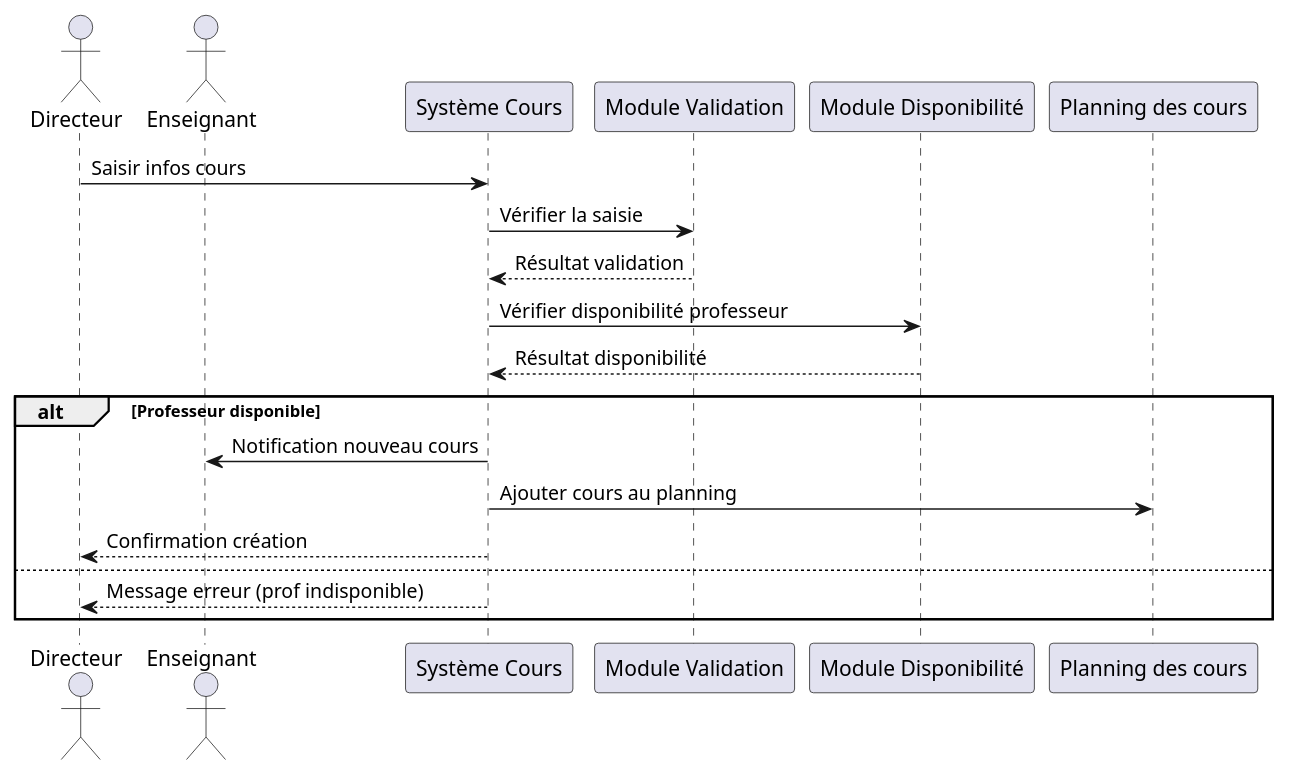
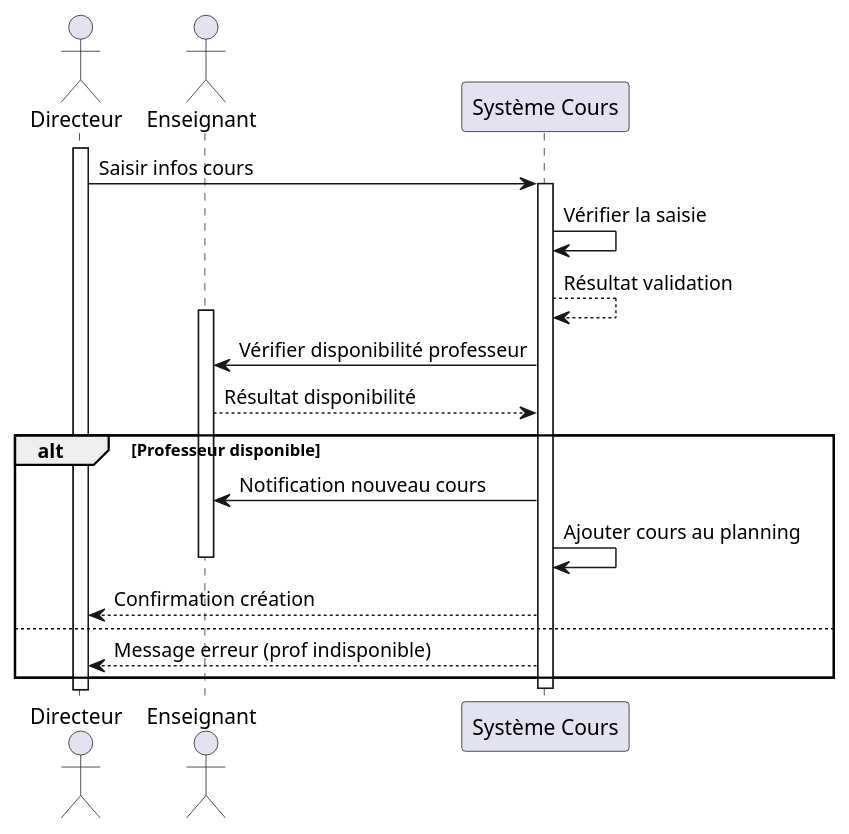
The diagram in doc/CourseManagement.puml (john7440/GestionEcole---Groupe), drawn with PlantUML before and after one commit. The commit also changed 1 other file, not shown here.

Commit message:
améliorations diagrammes de séquence

```diff
--- a/doc/CourseManagement.puml
+++ b/doc/CourseManagement.puml
@@ -1,25 +1,28 @@
 @startuml
 actor Directeur
 actor Enseignant
 participant "Système Cours" as SC
-participant "Module Validation" as MV
-participant "Module Disponibilité" as MD
-participant "Planning des cours" as PL
 
+
+activate Directeur
 Directeur -> SC: Saisir infos cours
-SC -> MV : Vérifier la saisie
-MV --> SC: Résultat validation
+activate SC
+SC -> SC : Vérifier la saisie
+SC --> SC: Résultat validation
 
-SC -> MD : Vérifier disponibilité professeur
-MD --> SC : Résultat disponibilité
+activate Enseignant
+SC -> Enseignant : Vérifier disponibilité professeur
+Enseignant --> SC : Résultat disponibilité
 
 alt Professeur disponible
     SC -> Enseignant : Notification nouveau cours
-    SC -> PL : Ajouter cours au planning
+    SC -> SC : Ajouter cours au planning
+    deactivate Enseignant
     SC --> Directeur : Confirmation création
+
 else
     SC --> Directeur : Message erreur (prof indisponible)
 end
-
+Deactivate SC
 
 @enduml
```
